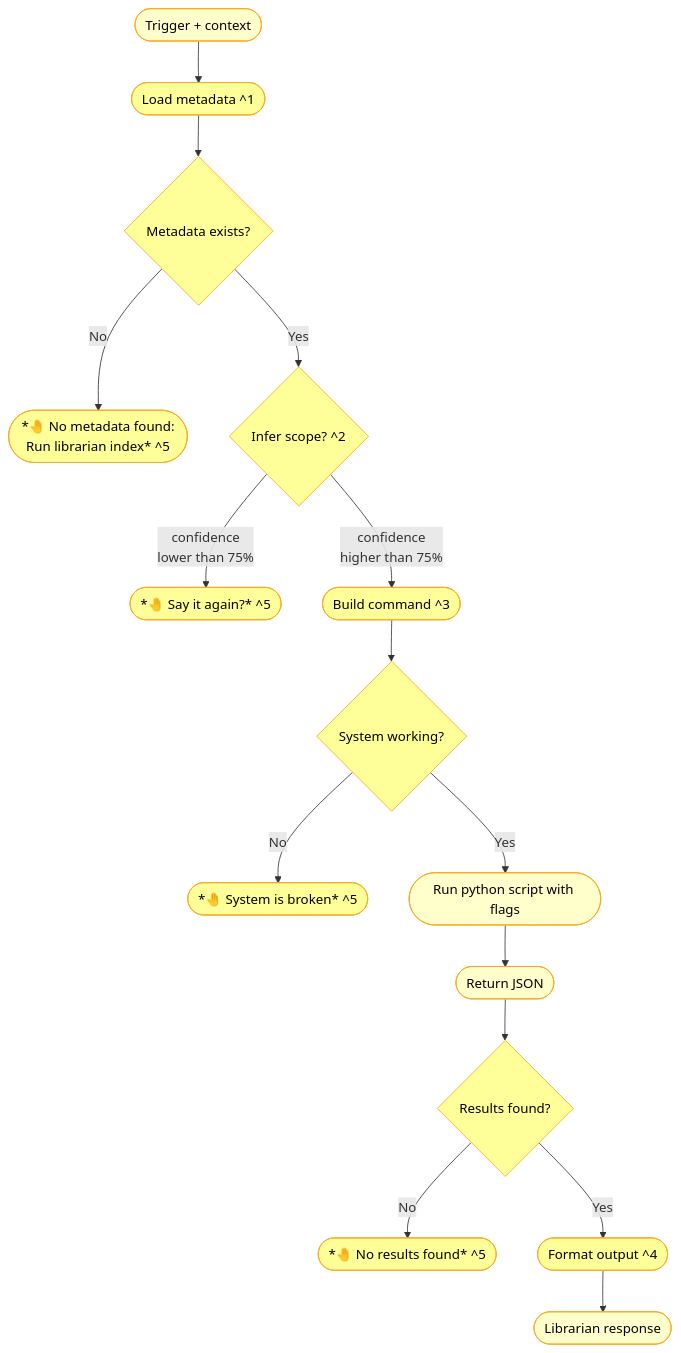
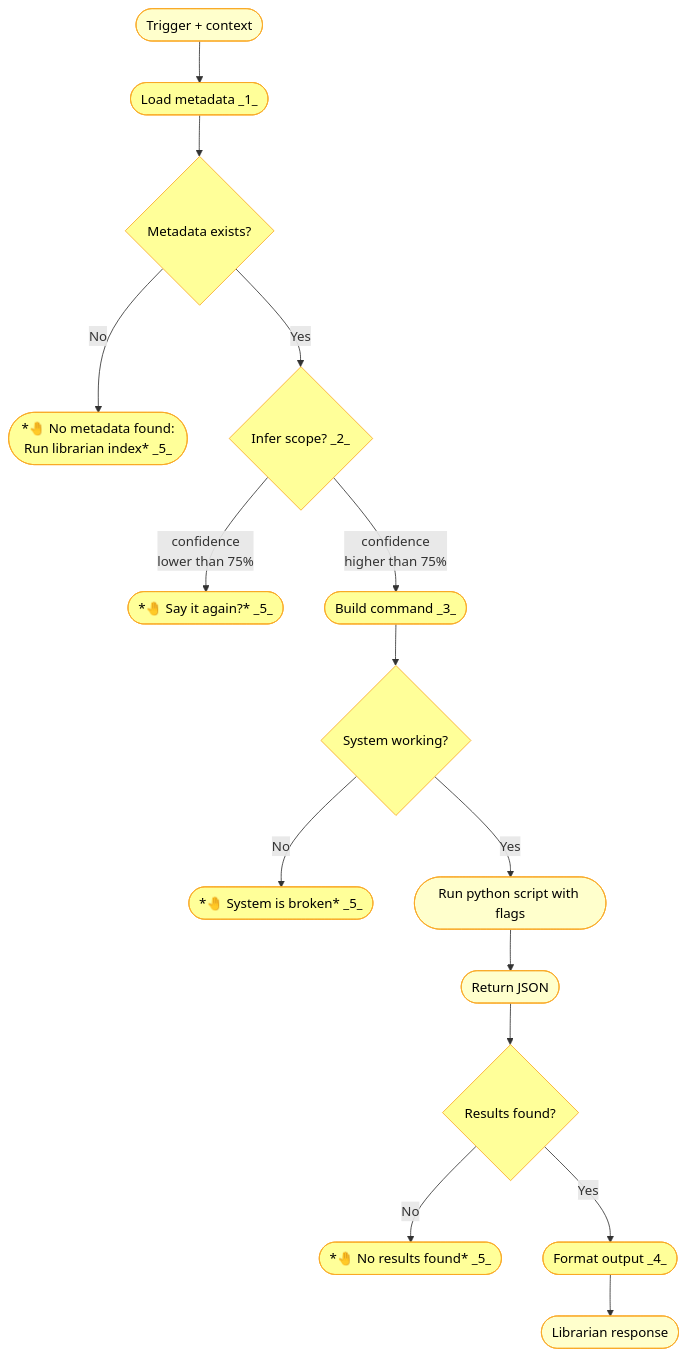
One commit to nonlinear/librarian changed the diagram in backstage/epic-notes/v0.15.0-skill-protocol.md. Above: the diagram before and after it, drawn with Mermaid.

Commit message:
arch: Italic numbers _N_ instead of superscript (mermaid limitation)

````diff
--- a/backstage/epic-notes/v0.15.0-skill-protocol.md
+++ b/backstage/epic-notes/v0.15.0-skill-protocol.md
@@ -3,41 +3,41 @@
 ```mermaid
 flowchart TB
     TRIGGER(["Trigger + context"])
-    TRIGGER --> METADATA(["Load metadata ^1"])
+    TRIGGER --> METADATA(["Load metadata _1_"])
     METADATA --> CHECK{"Metadata exists?"}
     
-    CHECK -->|"No"| ERROR(["*🤚 No metadata found:<br>Run librarian index* ^5"])
-    CHECK -->|"Yes"| INFER{"Infer scope? ^2"}
+    CHECK -->|"No"| ERROR(["*🤚 No metadata found:<br>Run librarian index* _5_"])
+    CHECK -->|"Yes"| INFER{"Infer scope? _2_"}
     
-    INFER -->|"confidence<br>lower than 75%"| CLARIFY(["*🤚 Say it again?* ^5"])
-    INFER -->|"confidence<br>higher than 75%"| BUILD(["Build command ^3"])
+    INFER -->|"confidence<br>lower than 75%"| CLARIFY(["*🤚 Say it again?* _5_"])
+    INFER -->|"confidence<br>higher than 75%"| BUILD(["Build command _3_"])
     
     BUILD --> CHECK_SYSTEM{"System working?"}
     
-    CHECK_SYSTEM -->|"No"| BROKEN(["*🤚 System is broken* ^5"])
+    CHECK_SYSTEM -->|"No"| BROKEN(["*🤚 System is broken* _5_"])
     CHECK_SYSTEM -->|"Yes"| EXEC(["Run python script with flags"])
     
     EXEC --> JSON(["Return JSON"])
     JSON --> CHECK_RESULTS{"Results found?"}
     
-    CHECK_RESULTS -->|"No"| EMPTY(["*🤚 No results found* ^5"])
-    CHECK_RESULTS -->|"Yes"| FORMAT(["Format output ^4"])
+    CHECK_RESULTS -->|"No"| EMPTY(["*🤚 No results found* _5_"])
+    CHECK_RESULTS -->|"Yes"| FORMAT(["Format output _4_"])
     
     FORMAT --> RESPONSE(["Librarian response"])
     
     style TRIGGER fill:#FFFFCC,stroke:#F9A825,color:#000
     style METADATA fill:#FFFF99,stroke:#F9A825,color:#000
     style INFER fill:#FFFF99,stroke:#F9A825,color:#000
     style CLARIFY fill:#FFFF99,stroke:#F9A825,color:#000
     style BUILD fill:#FFFF99,stroke:#F9A825,color:#000
     style EXEC fill:#FFFFCC,stroke:#F9A825,color:#000
     style JSON fill:#FFFFCC,stroke:#F9A825,color:#000
     style FORMAT fill:#FFFF99,stroke:#F9A825,color:#000
     style RESPONSE fill:#FFFFCC,stroke:#F9A825,color:#000
     style CHECK fill:#FFFF99,stroke:#F9A825,color:#000
     style ERROR fill:#FFFF99,stroke:#F9A825,color:#000
     style CHECK_SYSTEM fill:#FFFF99,stroke:#F9A825,color:#000
     style BROKEN fill:#FFFF99,stroke:#F9A825,color:#000
     style CHECK_RESULTS fill:#FFFF99,stroke:#F9A825,color:#000
     style EMPTY fill:#FFFF99,stroke:#F9A825,color:#000
 ```
````
